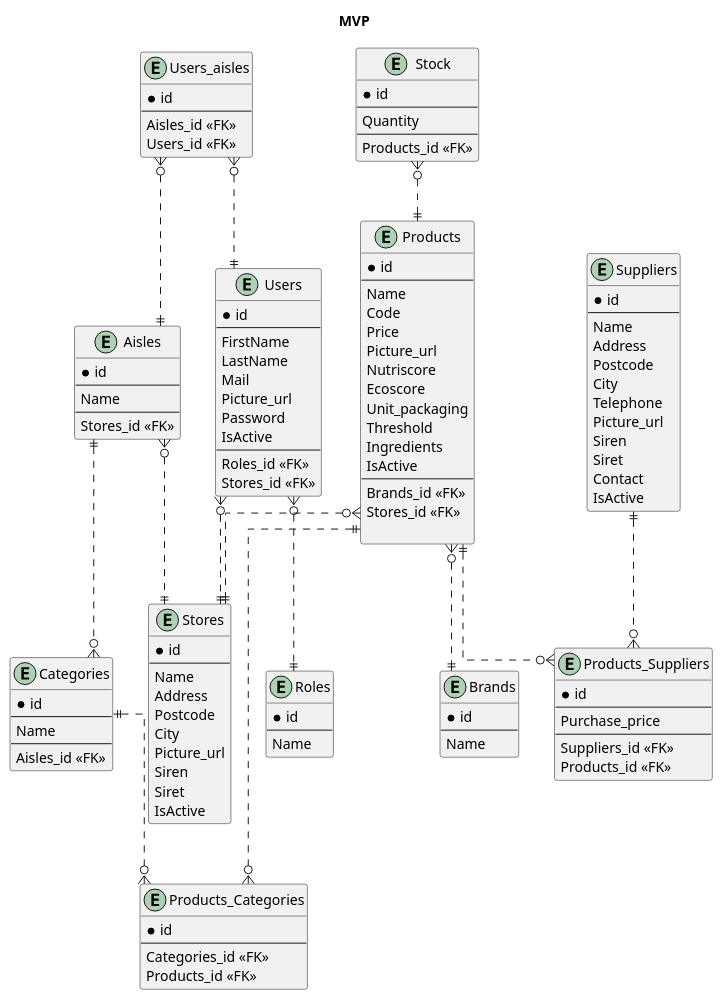
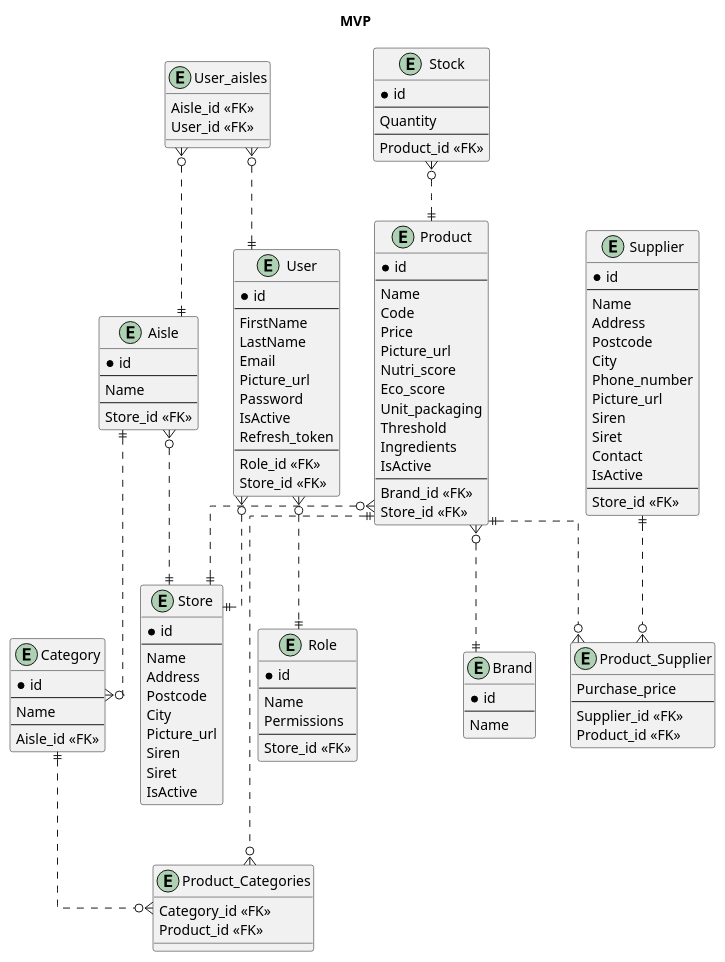
Before and after one commit to lequanos/projet-09-gestion-de-magasin-back: the diagram in docs/uml/entity-relation-mvp.puml, drawn with PlantUML. The commit also changed 13 other files, not shown here.

```diff
--- a/docs/uml/entity-relation-mvp.puml
+++ b/docs/uml/entity-relation-mvp.puml
@@ -1,170 +1,148 @@
 @startuml entity-relation-mvp
 
 title MVP
 
 skinparam linetype ortho
 
-entity "Stores" {
+entity "Store" {
 *id
 --
 Name
 Address
 Postcode
 City
 Picture_url
 Siren
 Siret
 IsActive
 }
 
 entity "Stock" {
 *id
 --
 Quantity
 --
-Products_id <<FK>>
+Product_id <<FK>>
 }
 
-entity "Suppliers" {
+entity "Supplier" {
 *id
 --
 Name
 Address
 Postcode
 City
-Telephone
+Phone_number
 Picture_url
 Siren
 Siret
 Contact
 IsActive
+--
+Store_id <<FK>>
 }
 
-entity "Products" {
+entity "Product" {
 *id
 --
 Name
 Code
 Price
 Picture_url
-Nutriscore
-Ecoscore
+Nutri_score
+Eco_score
 Unit_packaging
 Threshold
 Ingredients
 IsActive
 --
-Brands_id <<FK>>
-Stores_id <<FK>>
-
+Brand_id <<FK>>
+Store_id <<FK>>
 }
 
-entity "Categories" {
+entity "Category" {
 *id
 --
 Name
 --
-Aisles_id <<FK>>
+Aisle_id <<FK>>
 }
 
-entity "Products_Categories" {
-*id
---
-Categories_id <<FK>>
-Products_id <<FK>>
+entity "Product_Categories" {
+Category_id <<FK>>
+Product_id <<FK>>
 }
 
-entity "Products_Suppliers" {
-*id
---
+entity "Product_Supplier" {
 Purchase_price
 --
-Suppliers_id <<FK>>
-Products_id <<FK>>
+Supplier_id <<FK>>
+Product_id <<FK>>
 }
 
-entity "Aisles" {
+entity "Aisle" {
 *id
 --
 Name
 --
-Stores_id <<FK>>
+Store_id <<FK>>
 }
 
-entity "Roles" {
+entity "Role" {
+*id
+--
+Name
+Permissions
+--
+Store_id <<FK>>
+}
+
+
+entity "User_aisles" {
+Aisle_id <<FK>>
+User_id <<FK>>
+}
+
+entity "User" {
+*id
+--
+FirstName
+LastName
+Email
+Picture_url
+Password
+IsActive
+Refresh_token
+--
+Role_id <<FK>>
+Store_id <<FK>>
+}
+
+entity "Brand" {
 *id
 --
 Name
 }
 
 
-entity "Users_aisles" {
-*id
---
-Aisles_id <<FK>>
-Users_id <<FK>>
-}
+Stock }o..|| Product
 
-entity "Users" {
-*id
---
-FirstName
-LastName
-Mail
-Picture_url
-Password
-IsActive
---
-Roles_id <<FK>>
-Stores_id <<FK>>
-}
-
-' entity "Orders" {
-' *id
-' --
-' Users_id <<FK>>
-' }
-
-' entity "Orders_details" {
-' *id
-' --
-' Quantity
-' --
-' Orders_id <<FK>>
-' Suppliers_id <<FK>>
-' Products_id <<FK>>
-' }
-
-entity "Brands" {
-*id
---
-Name
-}
+User }o..|| Role
+User }o..|| Store
 
 
-Stock }o..|| Products
-
-' Orders_details }o..|| Suppliers
-' Orders_details }o..|| Products
-' Orders_details }o..|| Orders
-
-Users }o..|| Roles
-Users }o..|| Stores
-' Orders }o..|| Users
+Aisle ||..o{ Category
+Aisle }o..|| Store
+User_aisles }o..|| User
+User_aisles }o..|| Aisle
 
 
-Aisles ||..o{ Categories
-Aisles }o..|| Stores
-Users_aisles }o..|| Users
-Users_aisles }o..|| Aisles
-
-
-Products ||..o{ Products_Categories
-Categories ||..o{ Products_Categories
-Products ||..o{ Products_Suppliers
-Suppliers ||..o{ Products_Suppliers
-Products }o..|| Brands
-Products }o..|| Stores
+Product ||..o{ Product_Categories
+Category ||..o{ Product_Categories
+Product ||..o{ Product_Supplier
+Supplier ||..o{ Product_Supplier
+Product }o..|| Brand
+Product }o..|| Store
 
 
 @enduml
```
